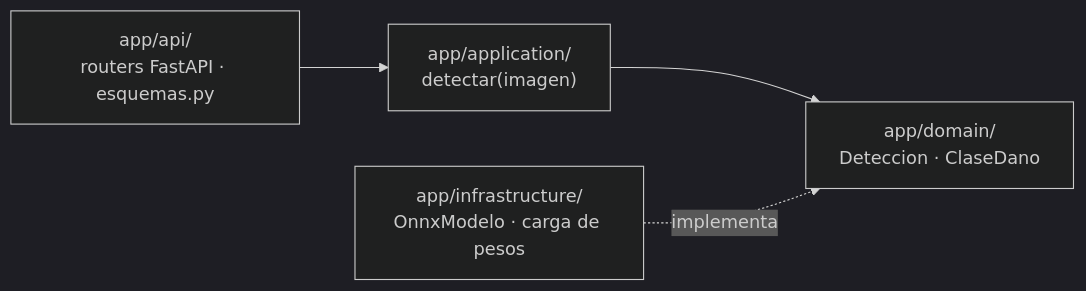
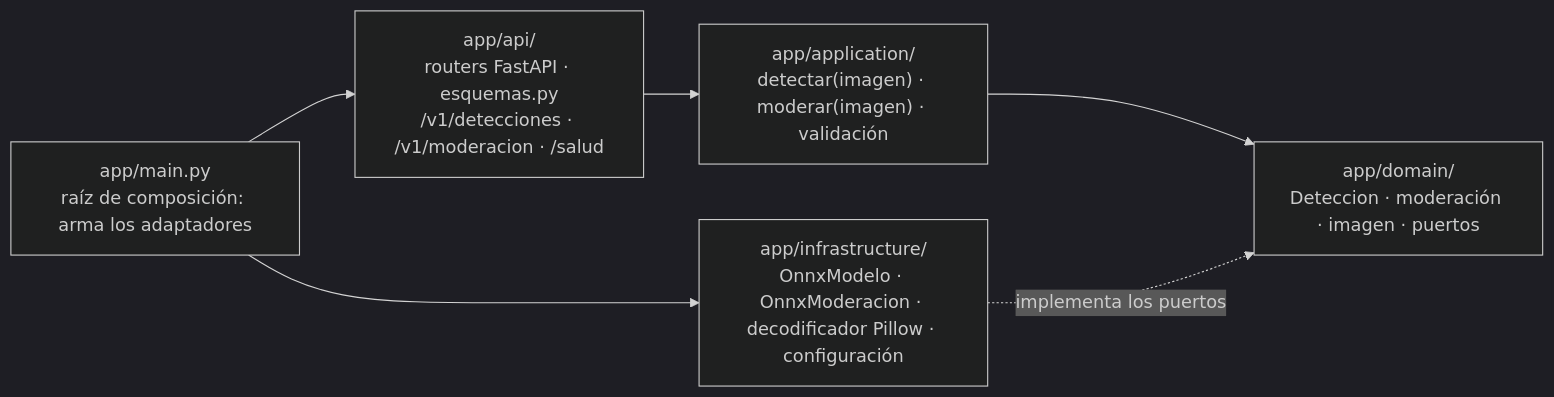
Before and after one commit to TP202620041/tesis: the third of 3 diagrams in docs/arquitectura/capas.md, drawn with Mermaid (dark theme). The commit also changed other lines of this file and 4 other files, not shown here.

First line of the commit message:
DOC: diagramas C4 y de capas con la inferencia real, Turnstile y el encabezado de origen

````diff
--- a/docs/arquitectura/capas.md
+++ b/docs/arquitectura/capas.md
@@ -100,6 +100,8 @@
 ```mermaid
 flowchart LR
-  apiinf["app/api/<br/>routers FastAPI · esquemas.py"] --> appinf["app/application/<br/>detectar(imagen)"]
-  appinf --> dominf["app/domain/<br/>Deteccion · ClaseDano"]
-  infinf["app/infrastructure/<br/>OnnxModelo · carga de pesos"] -.->|"implementa"| dominf
+  maininf["app/main.py<br/>raíz de composición: arma los adaptadores"] --> apiinf
+  maininf --> infinf
+  apiinf["app/api/<br/>routers FastAPI · esquemas.py<br/>/v1/detecciones · /v1/moderacion · /salud"] --> appinf["app/application/<br/>detectar(imagen) · moderar(imagen) · validación"]
+  appinf --> dominf["app/domain/<br/>Deteccion · moderación · imagen · puertos"]
+  infinf["app/infrastructure/<br/>OnnxModelo · OnnxModeracion · decodificador Pillow · configuración"] -.->|"implementa los puertos"| dominf
 ```
````
